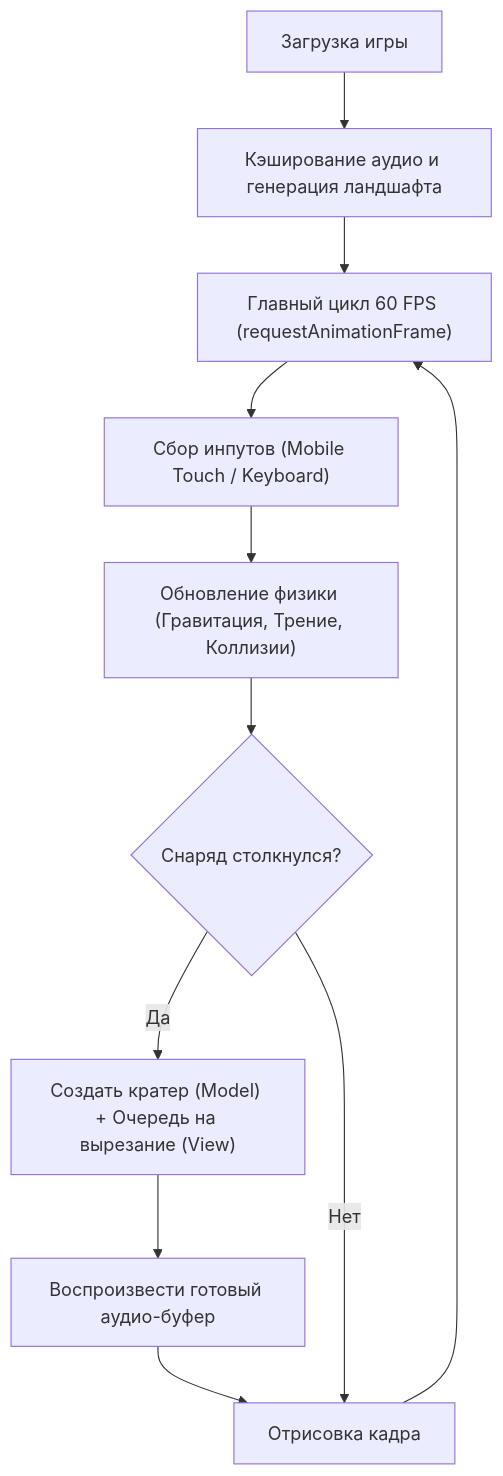
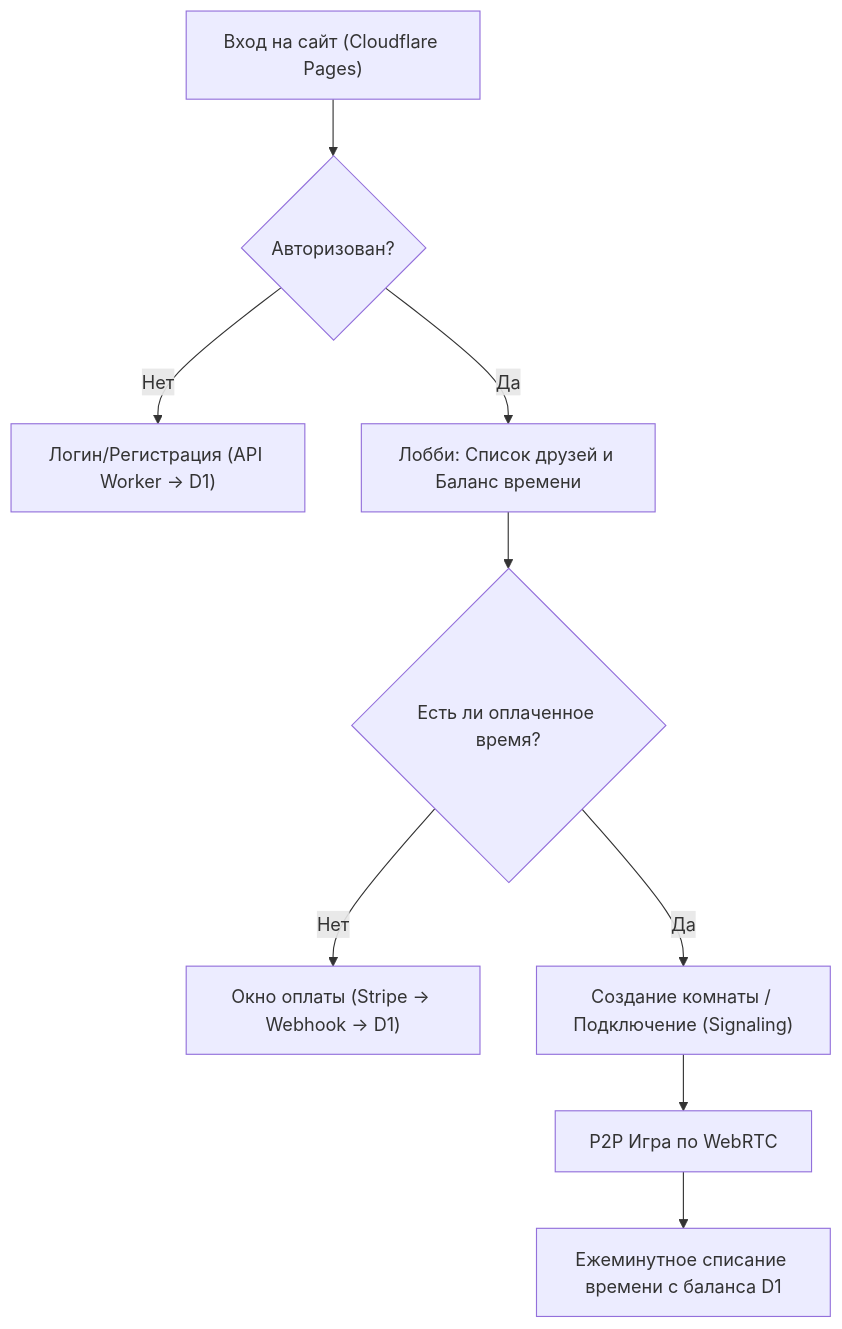
One commit to zapleoceo/Webworms changed the diagram in docs/PRD.md. Above: the diagram before and after it, drawn with Mermaid. The commit also changed other lines of this file and 4 other files, not shown here.

````diff
--- a/docs/PRD.md
+++ b/docs/PRD.md
@@ -19,13 +27,11 @@
 ```mermaid
 flowchart TD
-    A["Загрузка игры"] --> B["Кэширование аудио и генерация ландшафта"]
-    B --> C["Главный цикл 60 FPS (requestAnimationFrame)"]
-    C --> D["Сбор инпутов (Mobile Touch / Keyboard)"]
-    D --> E["Обновление физики (Гравитация, Трение, Коллизии)"]
-    E --> F{"Снаряд столкнулся?"}
-    F -- Да --> G["Создать кратер (Model) + Очередь на вырезание (View)"]
-    G --> H["Воспроизвести готовый аудио-буфер"]
-    H --> I["Отрисовка кадра"]
-    F -- Нет --> I
-    I --> C
+    A["Вход на сайт (Cloudflare Pages)"] --> B{"Авторизован?"}
+    B -- Нет --> C["Логин/Регистрация (API Worker -> D1)"]
+    B -- Да --> D["Лобби: Список друзей и Баланс времени"]
+    D --> E{"Есть ли оплаченное время?"}
+    E -- Нет --> F["Окно оплаты (Stripe -> Webhook -> D1)"]
+    E -- Да --> G["Создание комнаты / Подключение (Signaling)"]
+    G --> H["P2P Игра по WebRTC"]
+    H --> I["Ежеминутное списание времени с баланса D1"]
 ```
````
